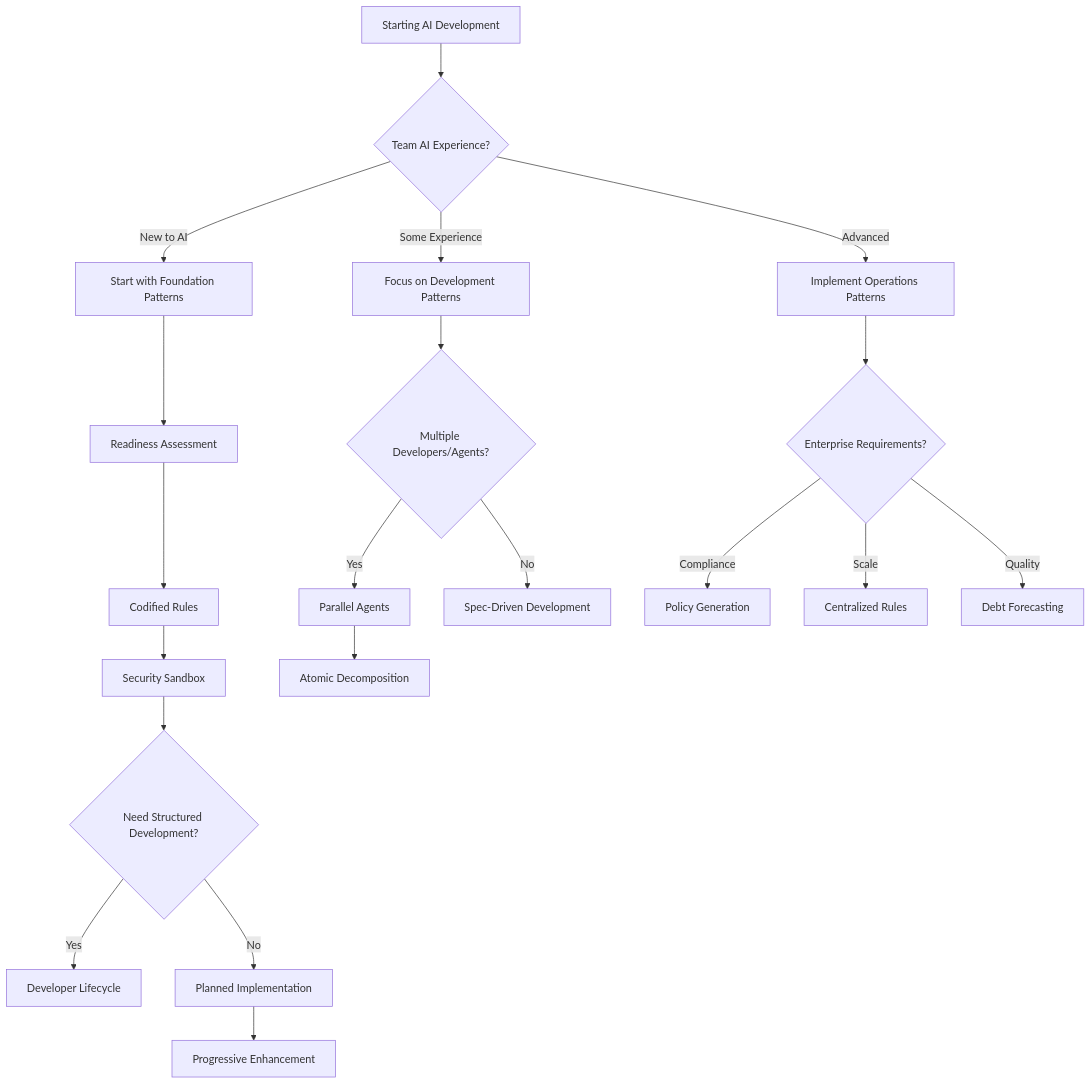
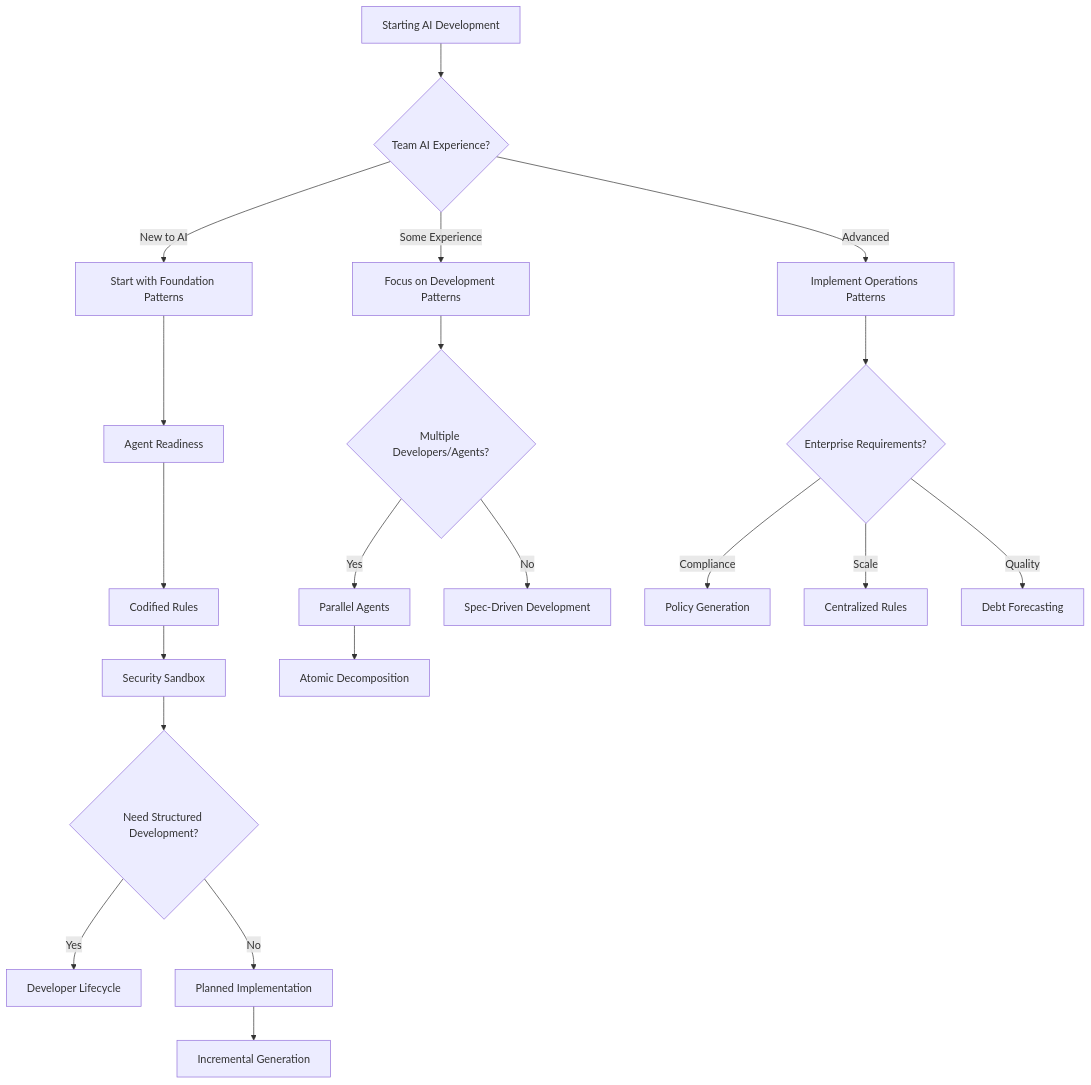
One commit to PaulDuvall/ai-development-patterns changed the fourth of 17 diagrams in README.md. Above: the diagram before and after it, drawn with Mermaid. The commit also changed other lines of this file and 46 other files, not shown here.

````diff
--- a/README.md
+++ b/README.md
@@ -325,25 +325,25 @@
 ```mermaid
 graph TD
     A[Starting AI Development] --> B{Team AI Experience?}
     B -->|New to AI| C[Start with Foundation Patterns]
     B -->|Some Experience| D[Focus on Development Patterns]
     B -->|Advanced| E[Implement Operations Patterns]
 
-    C --> F[Readiness Assessment]
+    C --> F[Agent Readiness]
     F --> G[Codified Rules]
     G --> H[Security Sandbox]
     H --> I{Need Structured Development?}
     I -->|Yes| J[Developer Lifecycle]
     I -->|No| K[Planned Implementation]
-    K --> L[Progressive Enhancement]
+    K --> L[Incremental Generation]
 
     D --> M{Multiple Developers/Agents?}
     M -->|Yes| N[Parallel Agents]
     M -->|No| O[Spec-Driven Development]
     N --> P[Atomic Decomposition]
 
     E --> R{Enterprise Requirements?}
     R -->|Compliance| S[Policy Generation]
     R -->|Scale| T[Centralized Rules]
     R -->|Quality| U[Debt Forecasting]
 ```
````
